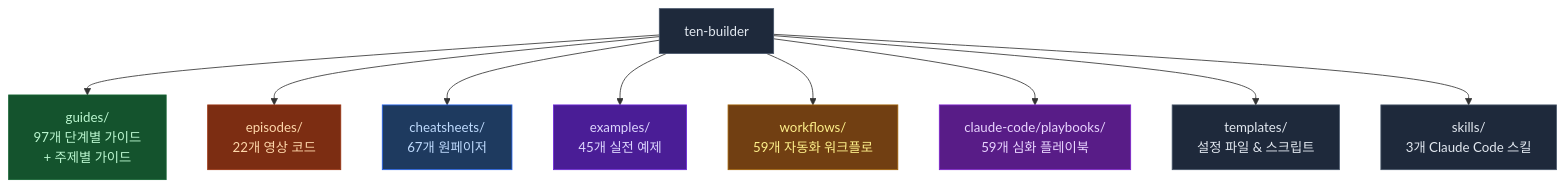
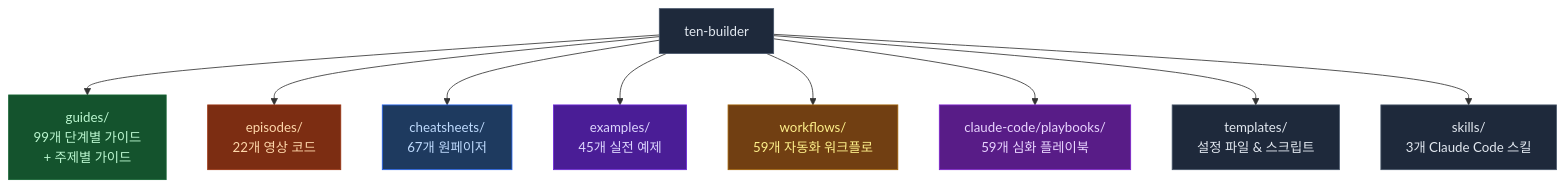
The first of 2 diagrams in README.md (ten-builder/ten-builder), drawn with Mermaid before and after one commit. The commit also changed other lines of this file, not shown here.

Commit message:
docs: README sync -- guides 98-99 추가 (dispatch flags, Agent View)

````diff
--- a/README.md
+++ b/README.md
@@ -23,21 +23,21 @@
 ```mermaid
 flowchart TD
-    R["ten-builder"] --> G["guides/\n97개 단계별 가이드\n+ 주제별 가이드"]
+    R["ten-builder"] --> G["guides/\n99개 단계별 가이드\n+ 주제별 가이드"]
     R --> E["episodes/\n22개 영상 코드"]
     R --> C["cheatsheets/\n67개 원페이저"]
     R --> EX["examples/\n45개 실전 예제"]
     R --> W["workflows/\n59개 자동화 워크플로"]
     R --> P["claude-code/playbooks/\n59개 심화 플레이북"]
     R --> T["templates/\n설정 파일 & 스크립트"]
     R --> S["skills/\n3개 Claude Code 스킬"]
 
     style R fill:#1e293b,stroke:#475569,color:#e2e8f0
     style G fill:#14532d,stroke:#166534,color:#bbf7d0
     style E fill:#7c2d12,stroke:#9a3412,color:#fed7aa
     style C fill:#1e3a5f,stroke:#2563eb,color:#bfdbfe
     style EX fill:#4a1d96,stroke:#6d28d9,color:#ddd6fe
     style W fill:#713f12,stroke:#a16207,color:#fef08a
     style P fill:#581c87,stroke:#7e22ce,color:#e9d5ff
     style T fill:#1e293b,stroke:#475569,color:#e2e8f0
     style S fill:#1e293b,stroke:#475569,color:#e2e8f0
 ```
````
